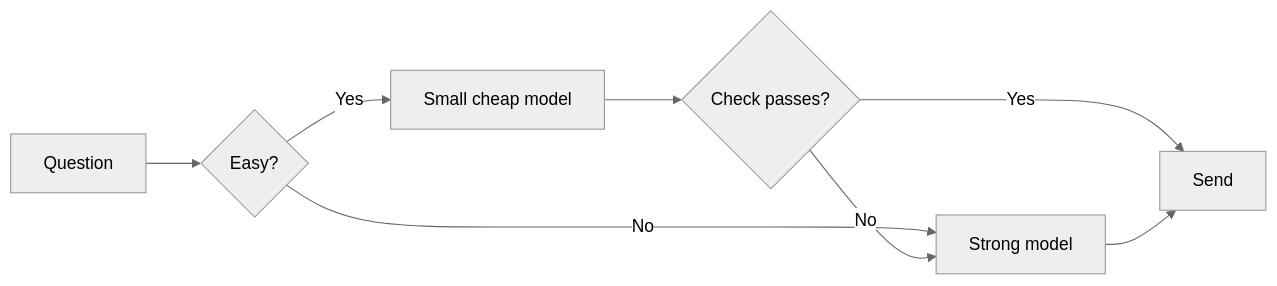
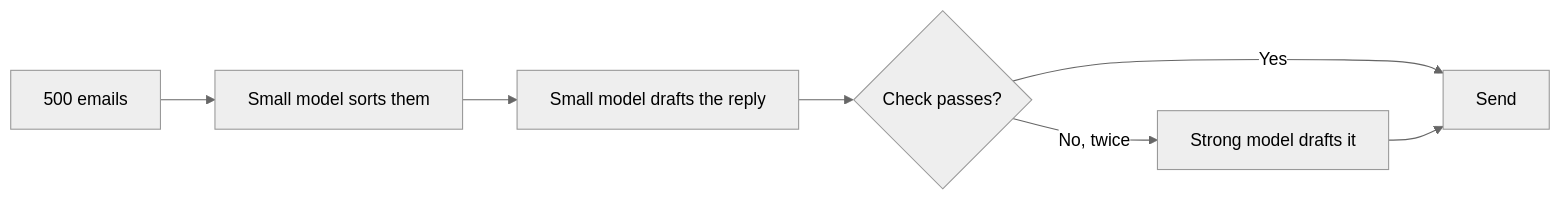
The diagram in docs/labs/23-model-routing.md (learnwithparam/agentic-ai-live-labs), drawn with Mermaid (neutral theme) before and after one commit. The commit also changed other lines of this file and 46 other files, not shown here.

````diff
--- a/docs/labs/23-model-routing.md
+++ b/docs/labs/23-model-routing.md
@@ -7,10 +7,9 @@
 ```mermaid
 flowchart LR
-  A["Question"] --> B{"Easy?"}
-  B -->|"Yes"| C["Small cheap model"]
-  B -->|"No"| D["Strong model"]
+  A["500 emails"] --> B["Small model sorts them"]
+  B --> C["Small model drafts the reply"]
   C --> E{"Check passes?"}
-  E -->|"No"| D
+  E -->|"No, twice"| D["Strong model drafts it"]
   E -->|"Yes"| F["Send"]
   D --> F
 ```
````
